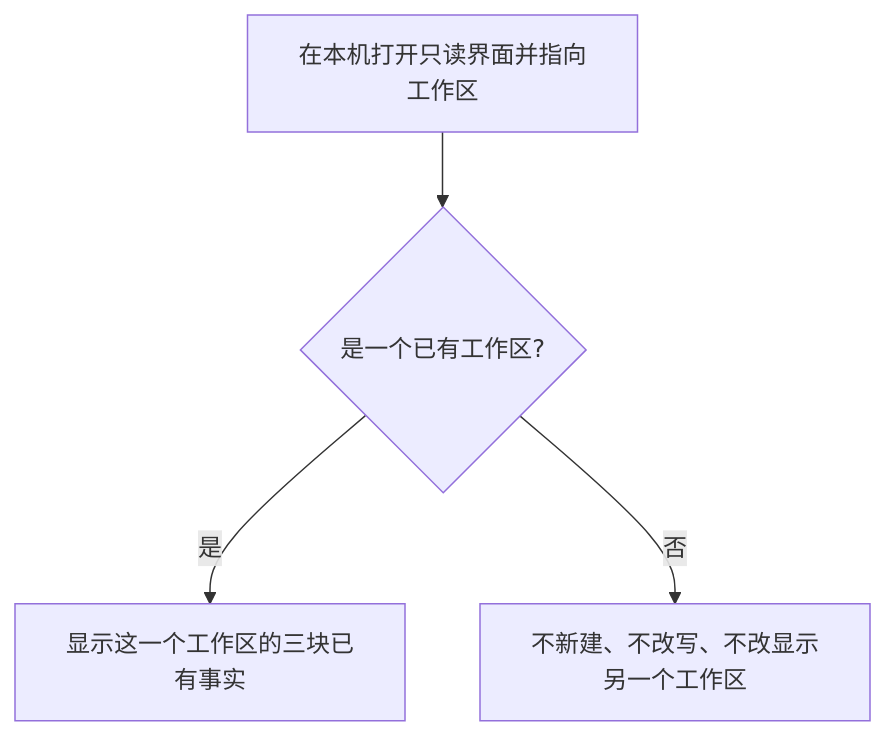
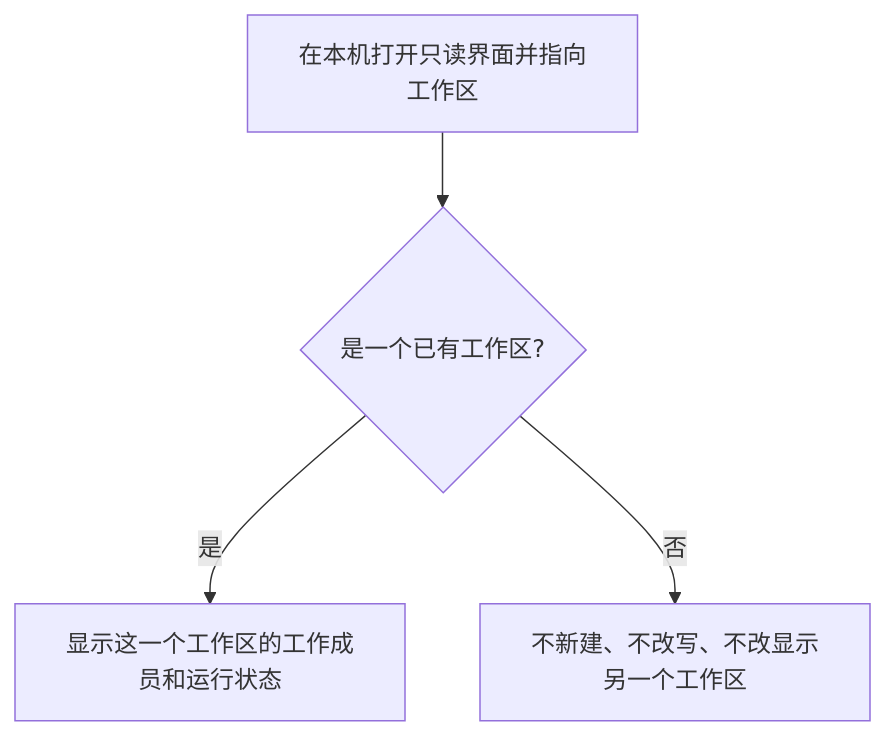
One commit to xforce-io/atelier changed the second of 6 diagrams in docs/design/25-readonly-workspace-ui/product.md. Above: the diagram before and after it, drawn with Mermaid. The commit also changed other lines of this file, not shown here.

````diff
--- a/docs/design/25-readonly-workspace-ui/product.md
+++ b/docs/design/25-readonly-workspace-ui/product.md
@@ -105,6 +113,6 @@
 ```mermaid
 flowchart TD
     A[在本机打开只读界面并指向工作区] --> B{是一个已有工作区?}
-    B -->|是| C[显示这一个工作区的三块已有事实]
+    B -->|是| C[显示这一个工作区的工作成员和运行状态]
     B -->|否| D[不新建、不改写、不改显示另一个工作区]
 ```
````
